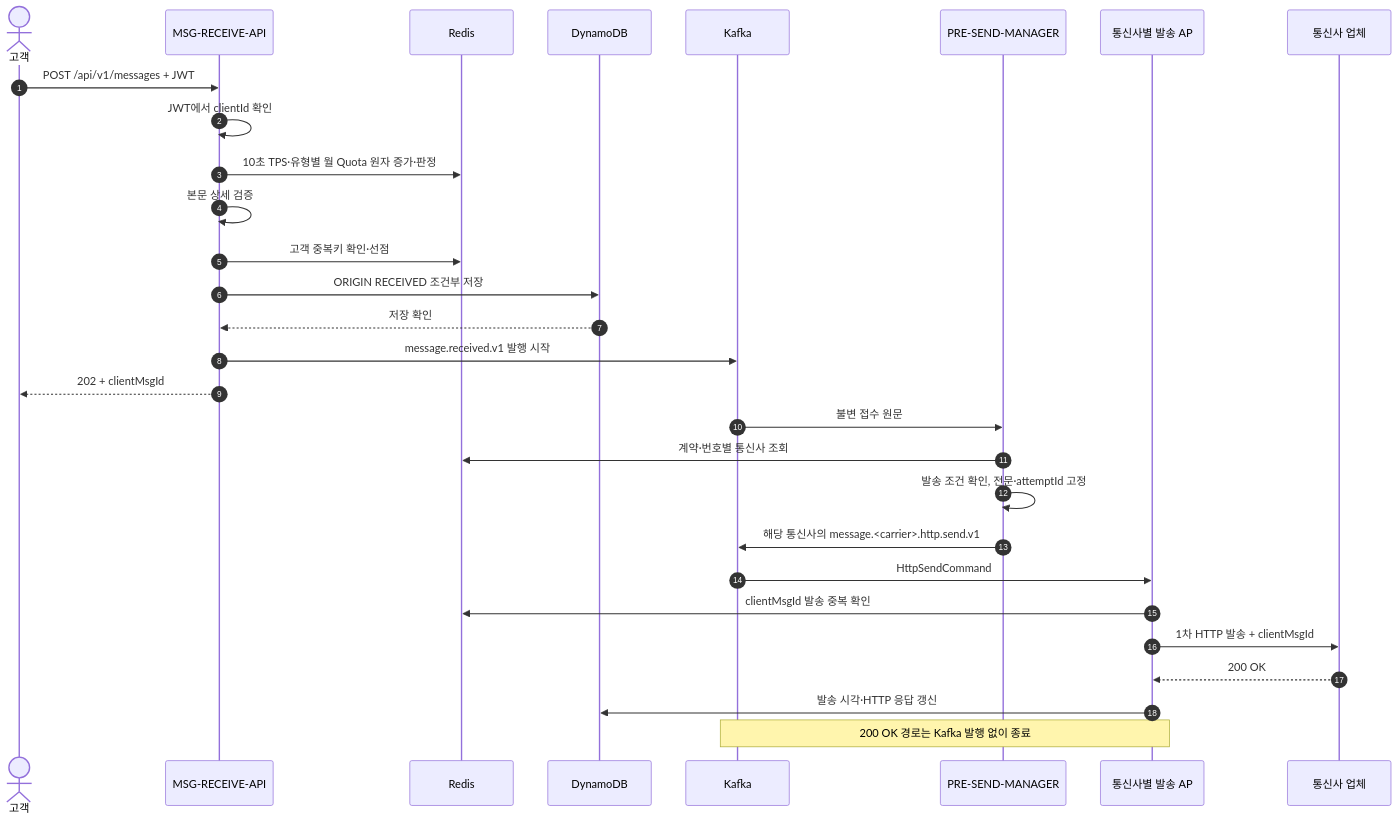
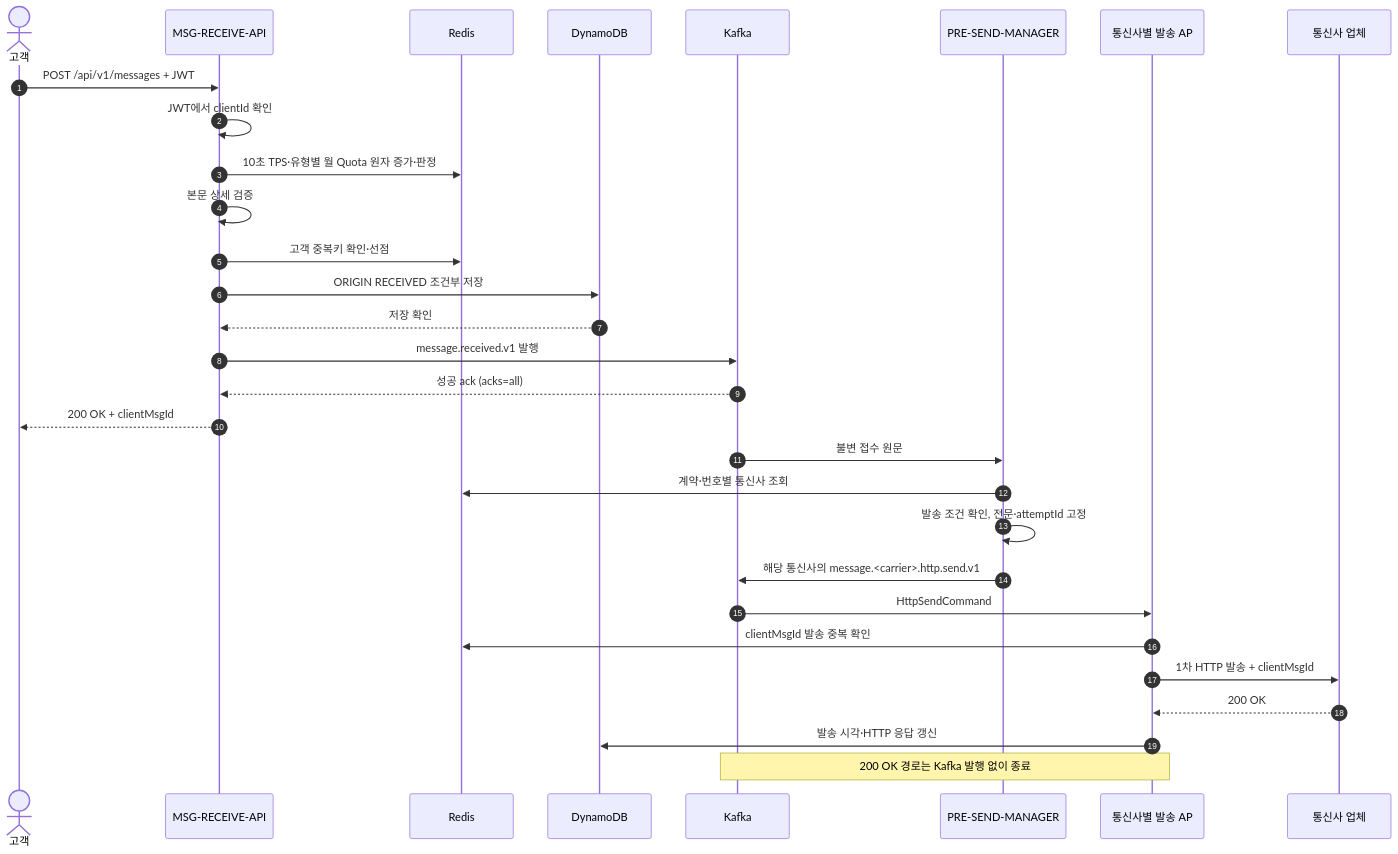
The first of 10 diagrams in docs/53-신규-메시지-케이스별-Call-Flow.md (hyun-seung/High-throughput-event-platform), drawn with Mermaid before and after one commit. The commit also changed other lines of this file and 26 other files, not shown here.

````diff
--- a/docs/53-신규-메시지-케이스별-Call-Flow.md
+++ b/docs/53-신규-메시지-케이스별-Call-Flow.md
@@ -59,31 +59,32 @@
 ```mermaid
 sequenceDiagram
     autonumber
     actor C as 고객
     participant A as MSG-RECEIVE-API
     participant R as Redis
     participant D as DynamoDB
     participant K as Kafka
     participant M as PRE-SEND-MANAGER
     participant S as 통신사별 발송 AP
     participant P as 통신사 업체
     C->>A: POST /api/v1/messages + JWT
     A->>A: JWT에서 clientId 확인
     A->>R: 10초 TPS·유형별 월 Quota 원자 증가·판정
     A->>A: 본문 상세 검증
     A->>R: 고객 중복키 확인·선점
     A->>D: ORIGIN RECEIVED 조건부 저장
     D-->>A: 저장 확인
-    A->>K: message.received.v1 발행 시작
-    A-->>C: 202 + clientMsgId
+    A->>K: message.received.v1 발행
+    K-->>A: 성공 ack (acks=all)
+    A-->>C: 200 OK + clientMsgId
     K->>M: 불변 접수 원문
     M->>R: 계약·번호별 통신사 조회
     M->>M: 발송 조건 확인, 전문·attemptId 고정
     M->>K: 해당 통신사의 message.<carrier>.http.send.v1
     K->>S: HttpSendCommand
     S->>R: clientMsgId 발송 중복 확인
     S->>P: 1차 HTTP 발송 + clientMsgId
     P-->>S: 200 OK
     S->>D: 발송 시각·HTTP 응답 갱신
     Note over S,K: 200 OK 경로는 Kafka 발행 없이 종료
 ```
````
